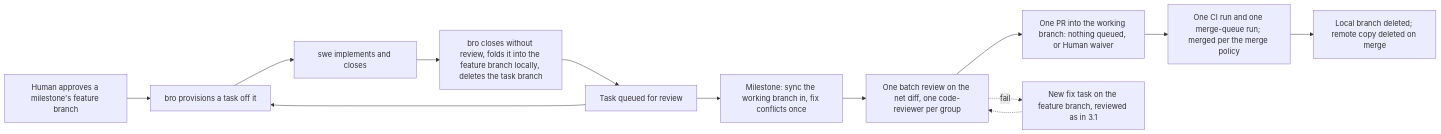
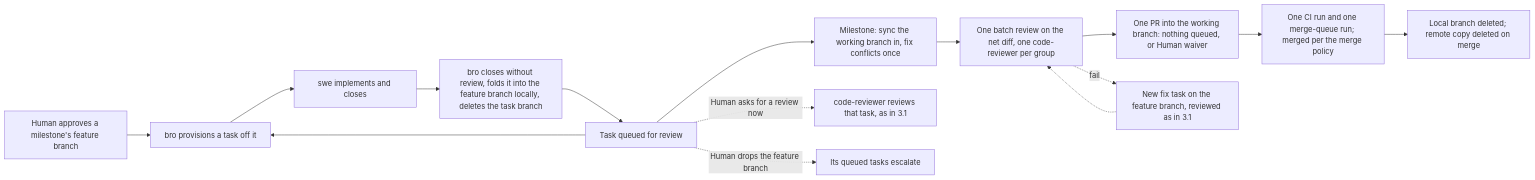
Before and after one commit to trustmybot/plugin: diagram 13 of 19 in docs/architecture/FLOWS.md, drawn with Mermaid. The commit also changed other lines of this file and 4 other files, not shown here.

First line of the commit message:
📝 docs(tasks): fill lifecycle gaps in TASKS, FLOWS and AGILE (GH 3251)

````diff
--- a/docs/architecture/FLOWS.md
+++ b/docs/architecture/FLOWS.md
@@ -187,15 +187,17 @@
 ```mermaid
 flowchart LR
     A[Human approves a milestone's feature branch] --> B[bro provisions a task off it]
     B --> C[swe implements and closes]
     C --> D[bro closes without review, folds it into the feature branch locally, deletes the task branch]
     D --> F[Task queued for review]
     F --> B
     F --> S[Milestone: sync the working branch in, fix conflicts once]
     S --> G[One batch review on the net diff, one code-reviewer per group]
     G --> H[One PR into the working branch: nothing queued, or Human waiver]
     H --> I[One CI run and one merge-queue run; merged per the merge policy]
     I --> J[Local branch deleted; remote copy deleted on merge]
     G -. fail .-> K[New fix task on the feature branch, reviewed as in 3.1]
     K -.-> G
+    F -. Human asks for a review now .-> R[code-reviewer reviews that task, as in 3.1]
+    F -. Human drops the feature branch .-> X[Its queued tasks escalate]
 ```
````
